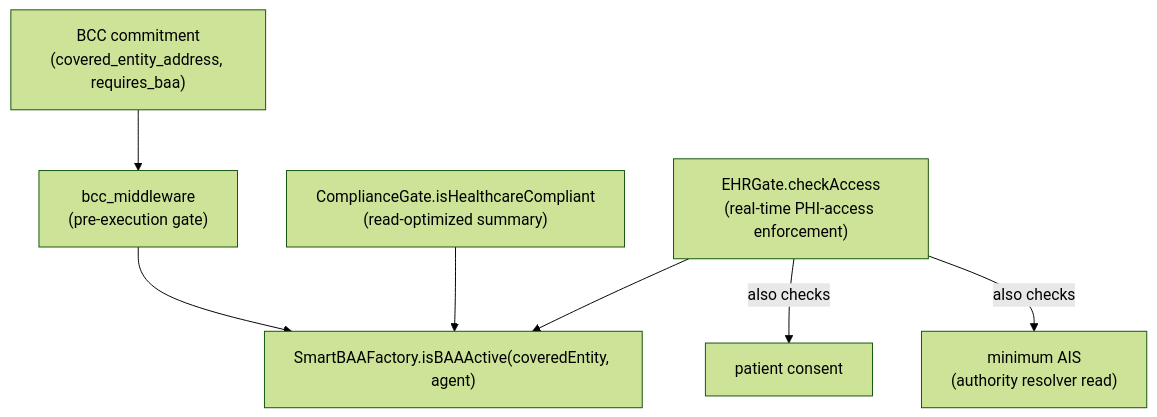
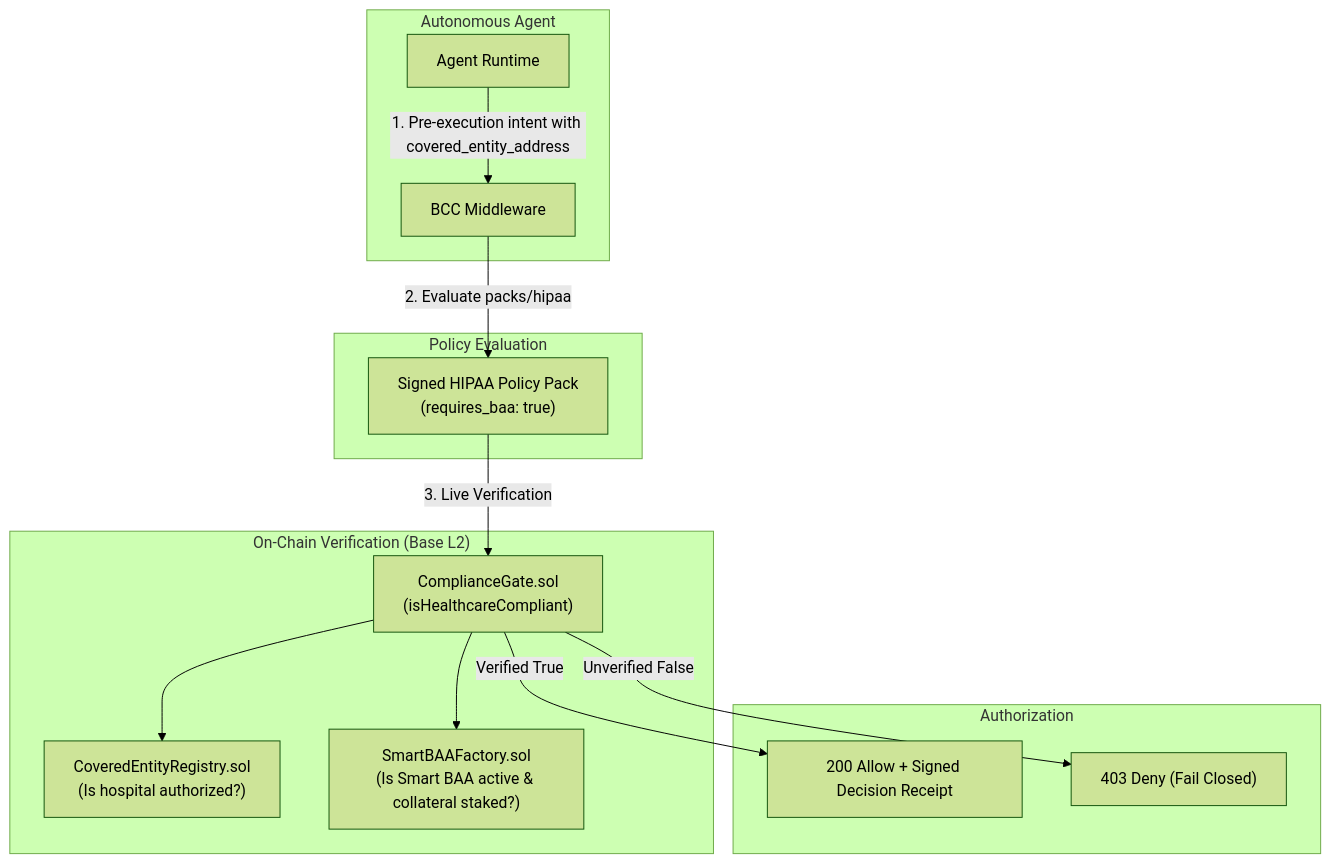
Before and after one commit to XibalbaTechSol/integrity-core: the diagram in docs/wiki/concepts/compliance-gate.md, drawn with Mermaid (forest theme). The commit also changed other lines of this file and 22 other files, not shown here.

Commit message:
docs: audit and reframe wiki around AI agent control layer and policy packs (#195)

````diff
--- a/docs/wiki/concepts/compliance-gate.md
+++ b/docs/wiki/concepts/compliance-gate.md
@@ -78,14 +24,21 @@
 ```mermaid
-flowchart TB
-    BCC["BCC commitment<br/>(covered_entity_address, requires_baa)"]
-    MW["bcc_middleware<br/>(pre-execution gate)"]
-    CG["ComplianceGate.isHealthcareCompliant<br/>(read-optimized summary)"]
-    EHR["EHRGate.checkAccess<br/>(real-time PHI-access enforcement)"]
-    BAA["SmartBAAFactory.isBAAActive(coveredEntity, agent)"]
+flowchart TD
+    subgraph Agent["Autonomous Agent"]
+        A["Agent Runtime"] -->|"1. Pre-execution intent with covered_entity_address"| BCC["BCC Middleware"]
+    end
 
-    BCC --> MW --> BAA
-    CG --> BAA
-    EHR --> BAA
-    EHR -->|also checks| Consent["patient consent"]
-    EHR -->|also checks| AIS["minimum AIS<br/>(authority resolver read)"]
+    subgraph PolicyLayer["Policy Evaluation"]
+        BCC -->|"2. Evaluate packs/hipaa"| Pack["Signed HIPAA Policy Pack<br/>(requires_baa: true)"]
+    end
+
+    subgraph OnChain["On-Chain Verification (Base L2)"]
+        Pack -->|"3. Live Verification"| CG["ComplianceGate.sol<br/>(isHealthcareCompliant)"]
+        CG --> CER["CoveredEntityRegistry.sol<br/>(Is hospital authorized?)"]
+        CG --> BAA["SmartBAAFactory.sol<br/>(Is Smart BAA active & collateral staked?)"]
+    end
+
+    subgraph Decision["Authorization"]
+        CG -->|Verified True| Allow["200 Allow + Signed Decision Receipt"]
+        CG -->|Unverified False| Deny["403 Deny (Fail Closed)"]
+    end
 ```
````
